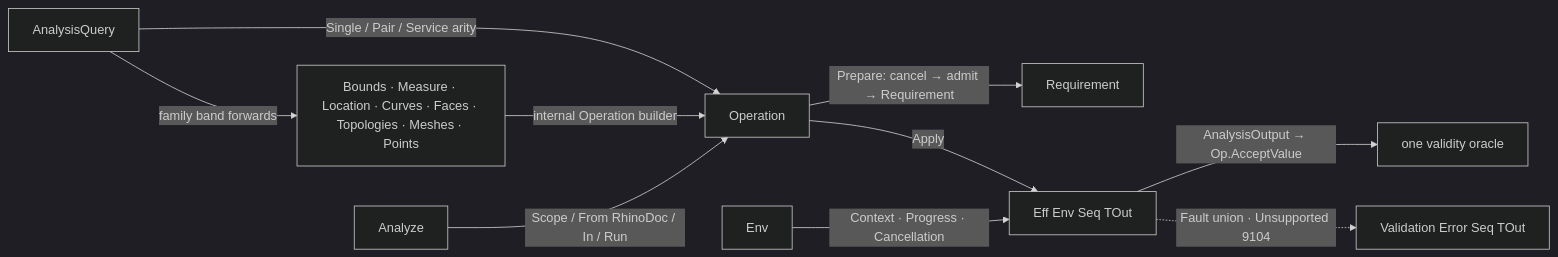
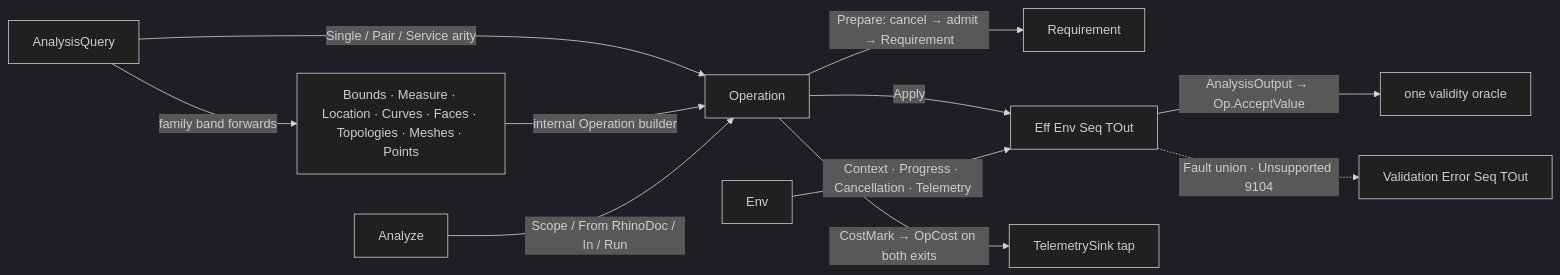
Before and after one commit to bsamiee/Rasm: the diagram in libs/csharp/Rasm/.planning/Analysis/query.md, drawn with Mermaid (dark theme). The commit also changed other lines of this file and 195 other files, not shown here.

````diff
--- a/libs/csharp/Rasm/.planning/Analysis/query.md
+++ b/libs/csharp/Rasm/.planning/Analysis/query.md
@@ -412,12 +430,13 @@
 ```mermaid
 flowchart LR
     AnalysisQuery -->|Single / Pair / Service arity| Operation
     AnalysisQuery -->|family band forwards| FamilyUnions[Bounds · Measure · Location · Curves · Faces · Topologies · Meshes · Points]
     FamilyUnions -->|internal Operation builder| Operation
     Operation -->|Prepare: cancel → admit → Requirement| Requirement
     Operation -->|Apply| Eff[Eff Env Seq TOut]
-    Env -->|Context · Progress · Cancellation| Eff
+    Operation -->|CostMark → OpCost on both exits| Sink[TelemetrySink tap]
+    Env -->|Context · Progress · Cancellation · Telemetry| Eff
     Eff -->|AnalysisOutput → Op.AcceptValue| Oracle[one validity oracle]
     Analyze -->|Scope / From RhinoDoc / In / Run| Operation
     Eff -.->|Fault union · Unsupported 9104| Validation[Validation Error Seq TOut]
 ```
````
